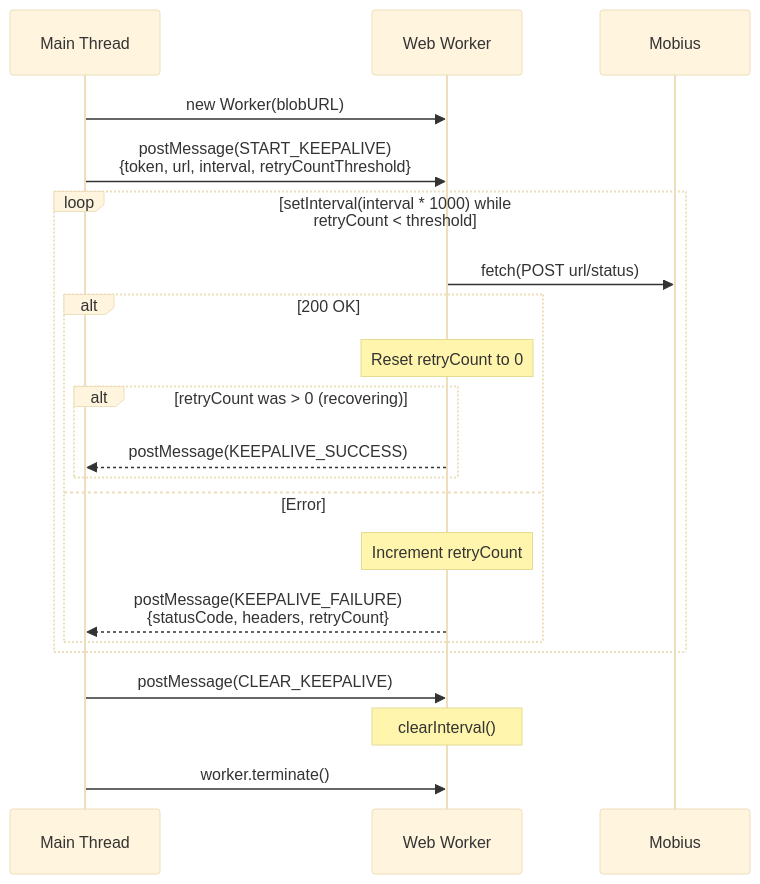
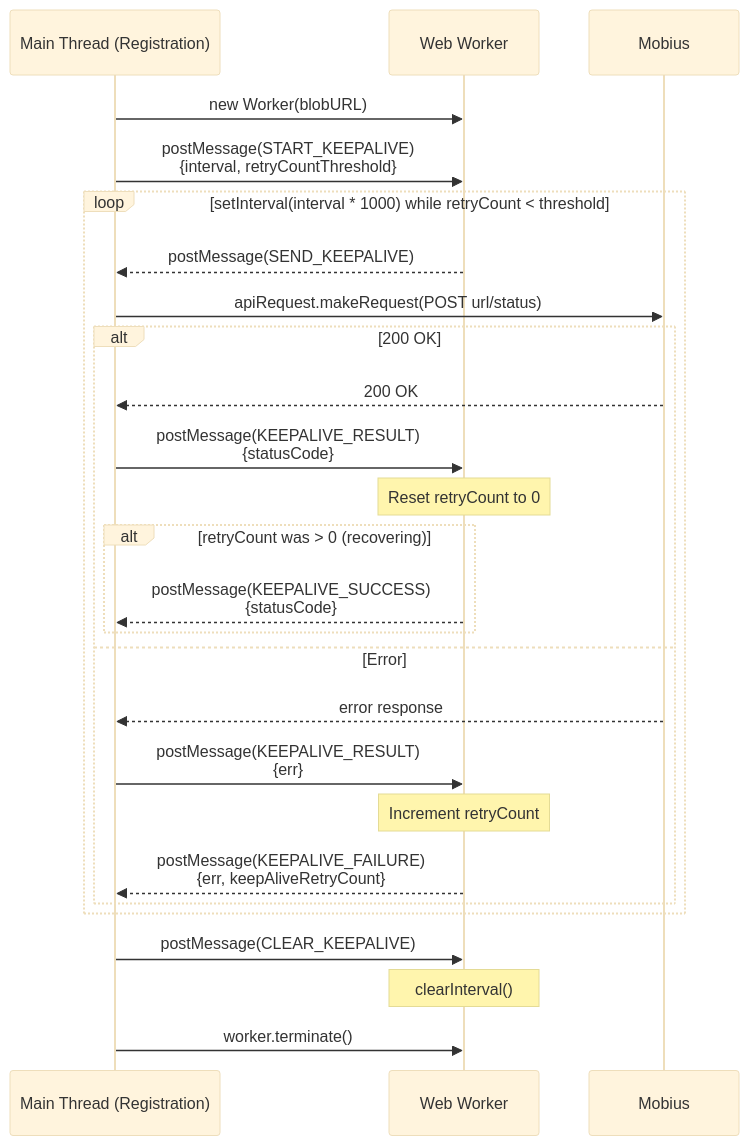
One commit to webex/webex-js-sdk changed the fifth of 10 diagrams in packages/calling/src/CallingClient/registration/ai-docs/ARCHITECTURE.md. Above: the diagram before and after it, drawn with Mermaid (base theme). The commit also changed other lines of this file and 4 other files, not shown here.

````diff
--- a/packages/calling/src/CallingClient/registration/ai-docs/ARCHITECTURE.md
+++ b/packages/calling/src/CallingClient/registration/ai-docs/ARCHITECTURE.md
@@ -234,26 +234,31 @@
 ```mermaid
 sequenceDiagram
-  participant MT as Main Thread
+  participant MT as Main Thread (Registration)
   participant WW as Web Worker
   participant Mob as Mobius
 
   MT->>WW: new Worker(blobURL)
-  MT->>WW: postMessage(START_KEEPALIVE)<br/>{token, url, interval, retryCountThreshold}
+  MT->>WW: postMessage(START_KEEPALIVE)<br/>{interval, retryCountThreshold}
 
   loop setInterval(interval * 1000) while retryCount < threshold
-    WW->>Mob: fetch(POST url/status)
+    WW-->>MT: postMessage(SEND_KEEPALIVE)
+    MT->>Mob: apiRequest.makeRequest(POST url/status)
     alt 200 OK
+      Mob-->>MT: 200 OK
+      MT->>WW: postMessage(KEEPALIVE_RESULT)<br/>{statusCode}
       Note over WW: Reset retryCount to 0
       alt retryCount was > 0 (recovering)
-        WW-->>MT: postMessage(KEEPALIVE_SUCCESS)
+        WW-->>MT: postMessage(KEEPALIVE_SUCCESS)<br/>{statusCode}
       end
     else Error
+      Mob-->>MT: error response
+      MT->>WW: postMessage(KEEPALIVE_RESULT)<br/>{err}
       Note over WW: Increment retryCount
-      WW-->>MT: postMessage(KEEPALIVE_FAILURE)<br/>{statusCode, headers, retryCount}
+      WW-->>MT: postMessage(KEEPALIVE_FAILURE)<br/>{err, keepAliveRetryCount}
     end
   end
 
   MT->>WW: postMessage(CLEAR_KEEPALIVE)
   Note over WW: clearInterval()
   MT->>WW: worker.terminate()
 ```
````
